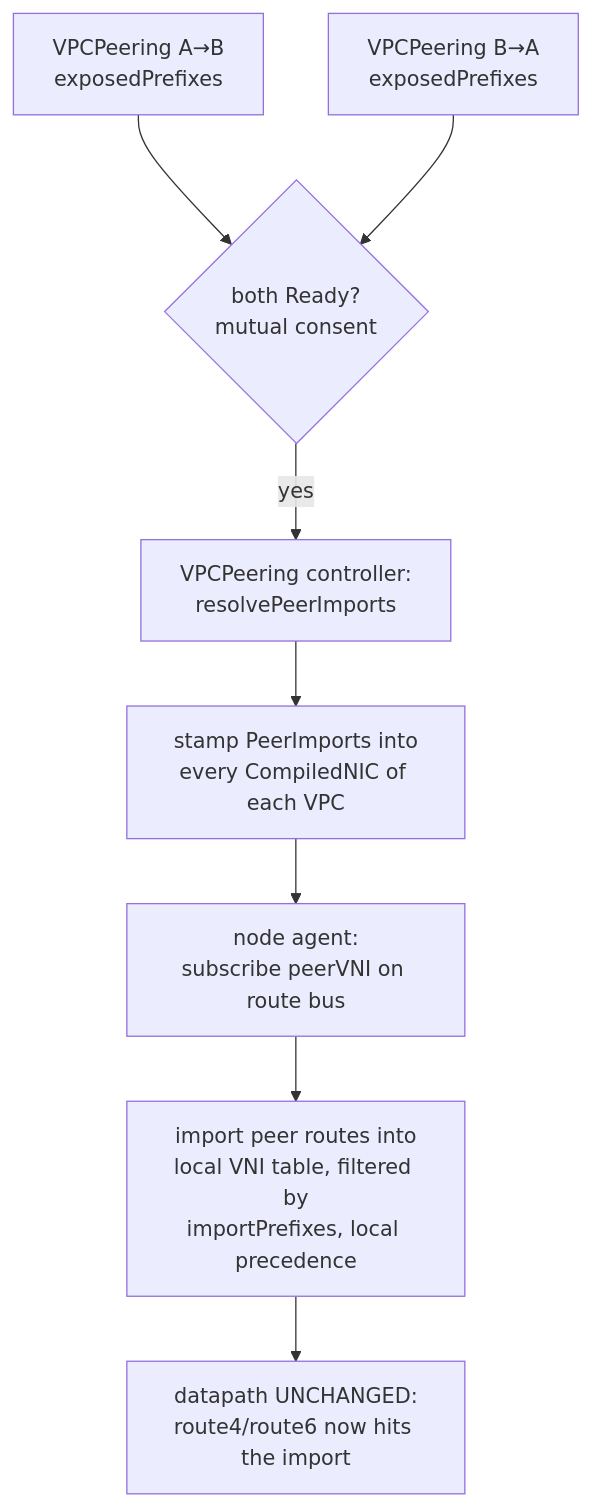
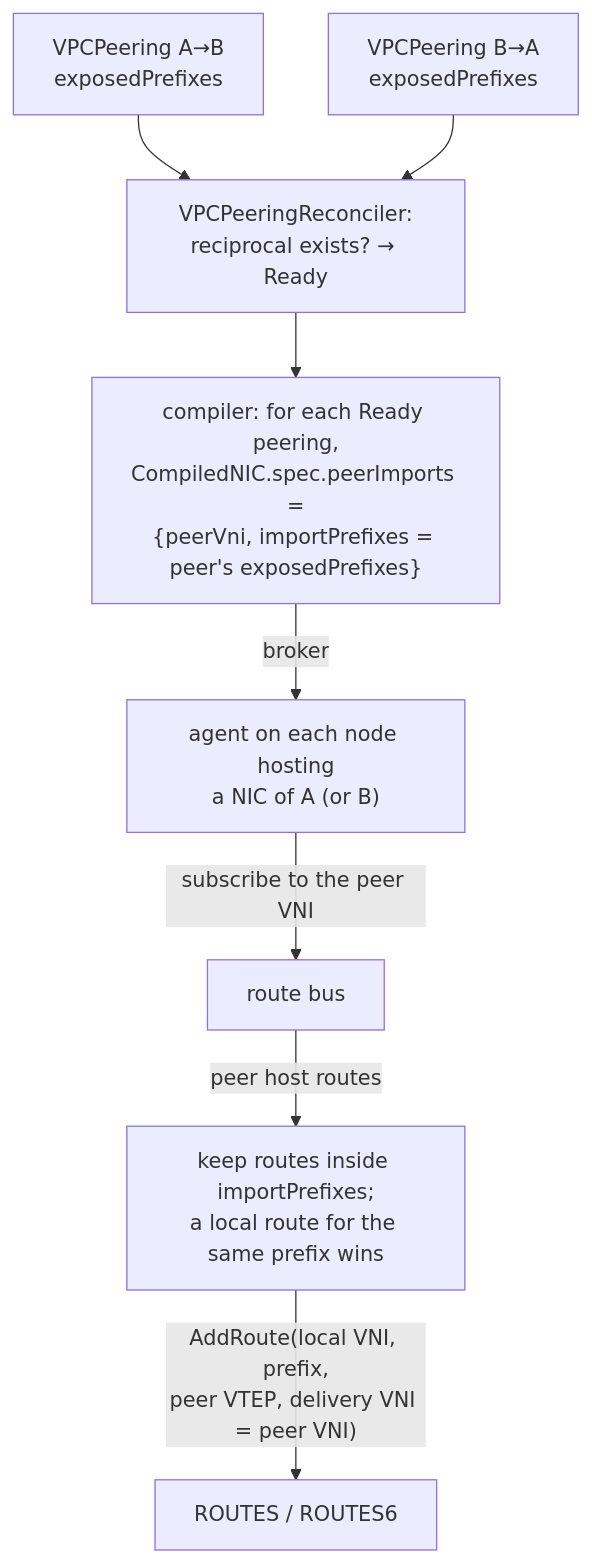
One commit to trevex/ectobase changed the diagram in docs/features/vpc-peering.md. Above: the diagram before and after it, drawn with Mermaid. The commit also changed other lines of this file and 57 other files, not shown here.

First line of the commit message:
docs: rework concepts, architecture, networking, operating, reference and contributing

````diff
--- a/docs/features/vpc-peering.md
+++ b/docs/features/vpc-peering.md
@@ -63,10 +40,10 @@
 ```mermaid
 flowchart TD
-    A[VPCPeering A→B<br/>exposedPrefixes] --> C
-    B[VPCPeering B→A<br/>exposedPrefixes] --> C
-    C{both Ready?<br/>mutual consent} -->|yes| D[VPCPeering controller:<br/>resolvePeerImports]
-    D --> E[stamp PeerImports into<br/>every CompiledNIC of each VPC]
-    E --> F[node agent:<br/>subscribe peerVNI on route bus]
-    F --> G[import peer routes into<br/>local VNI table, filtered by<br/>importPrefixes, local precedence]
-    G --> H[datapath UNCHANGED:<br/>route4/route6 now hits the import]
+    ab["VPCPeering A→B<br/>exposedPrefixes"] --> rec["VPCPeeringReconciler:<br/>reciprocal exists? → Ready"]
+    ba["VPCPeering B→A<br/>exposedPrefixes"] --> rec
+    rec --> comp["compiler: for each Ready peering,<br/>CompiledNIC.spec.peerImports =<br/>{peerVni, importPrefixes = peer's exposedPrefixes}"]
+    comp -->|broker| agent["agent on each node hosting<br/>a NIC of A (or B)"]
+    agent -->|"subscribe to the peer VNI"| bus["route bus"]
+    bus -->|"peer host routes"| filter["keep routes inside importPrefixes;<br/>a local route for the same prefix wins"]
+    filter -->|"AddRoute(local VNI, prefix,<br/>peer VTEP, delivery VNI = peer VNI)"| dp["ROUTES / ROUTES6"]
 ```
````
